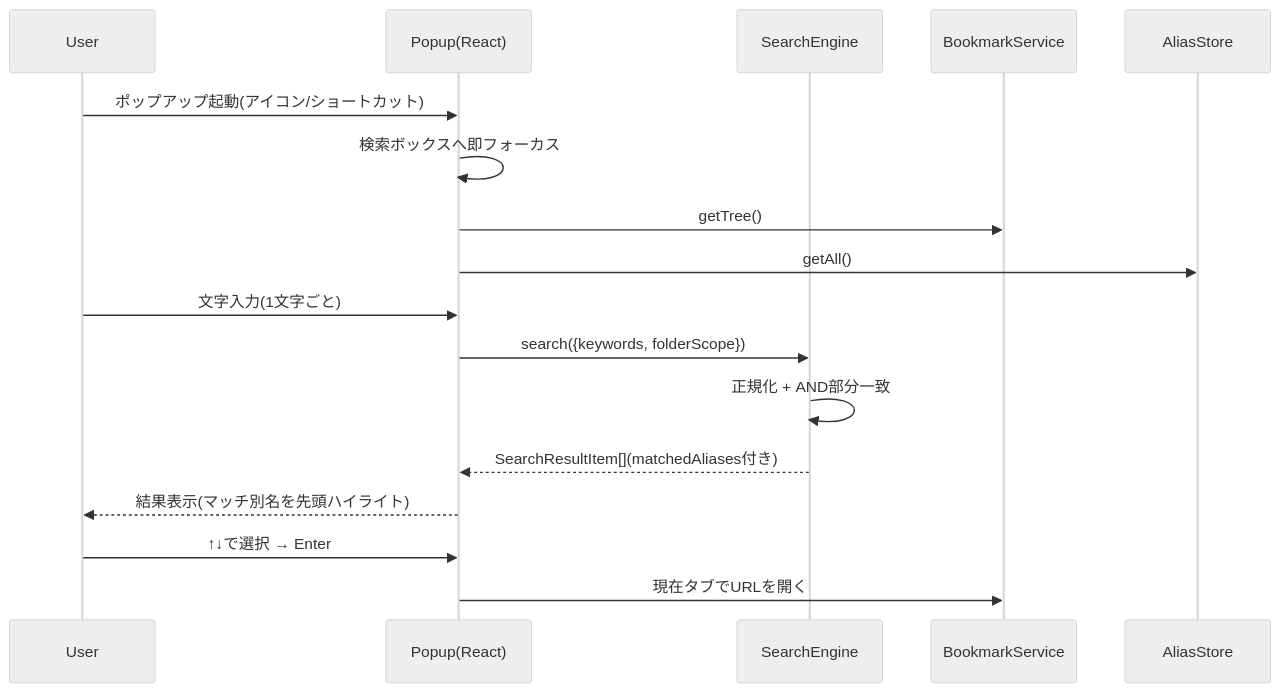
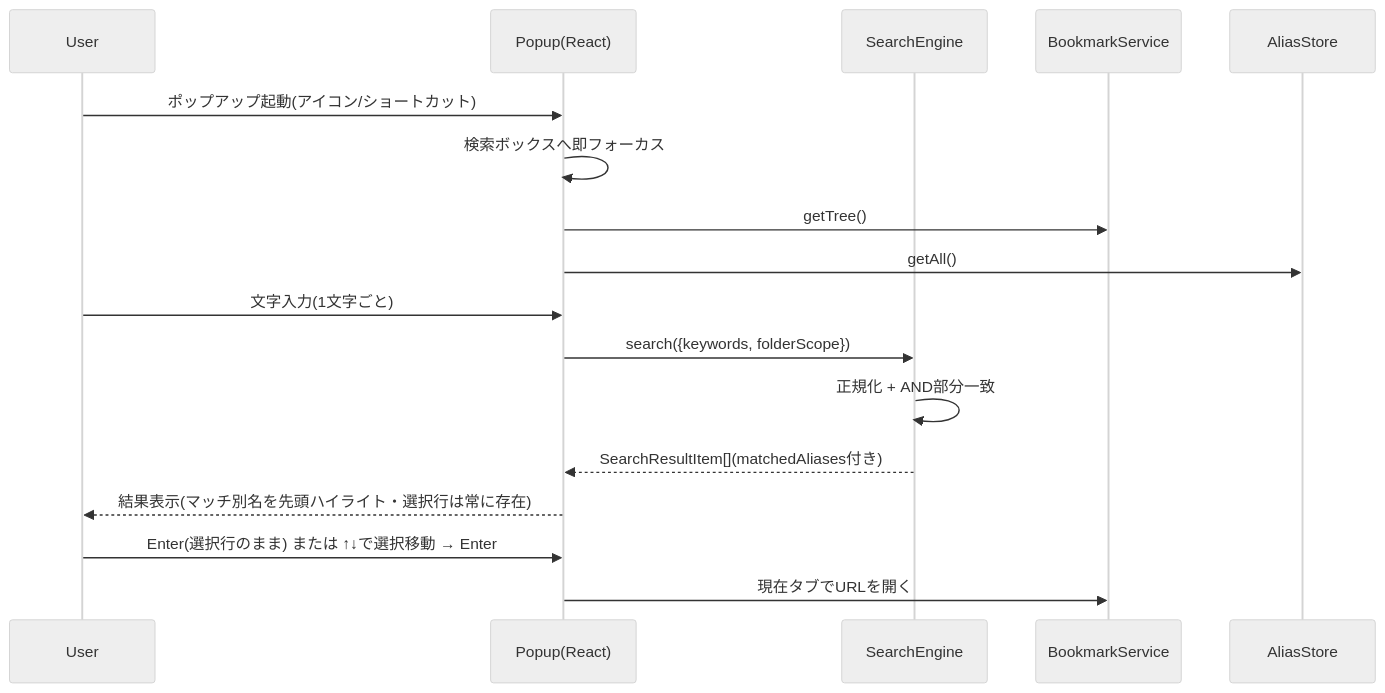
The third of 8 diagrams in docs/functional-design.md (RyumaKazue/Findmark), drawn with Mermaid (neutral theme) before and after one commit. The commit also changed other lines of this file and 7 other files, not shown here.

````diff
--- a/docs/functional-design.md
+++ b/docs/functional-design.md
@@ -416,20 +422,20 @@
 ```mermaid
 sequenceDiagram
     participant User
     participant Popup as Popup(React)
     participant Engine as SearchEngine
     participant BM as BookmarkService
     participant Alias as AliasStore
 
     User->>Popup: ポップアップ起動(アイコン/ショートカット)
     Popup->>Popup: 検索ボックスへ即フォーカス
     Popup->>BM: getTree()
     Popup->>Alias: getAll()
     User->>Popup: 文字入力(1文字ごと)
     Popup->>Engine: search({keywords, folderScope})
     Engine->>Engine: 正規化 + AND部分一致
     Engine-->>Popup: SearchResultItem[](matchedAliases付き)
-    Popup-->>User: 結果表示(マッチ別名を先頭ハイライト)
-    User->>Popup: ↑↓で選択 → Enter
+    Popup-->>User: 結果表示(マッチ別名を先頭ハイライト・選択行は常に存在)
+    User->>Popup: Enter(選択行のまま) または ↑↓で選択移動 → Enter
     Popup->>BM: 現在タブでURLを開く
 ```
````
